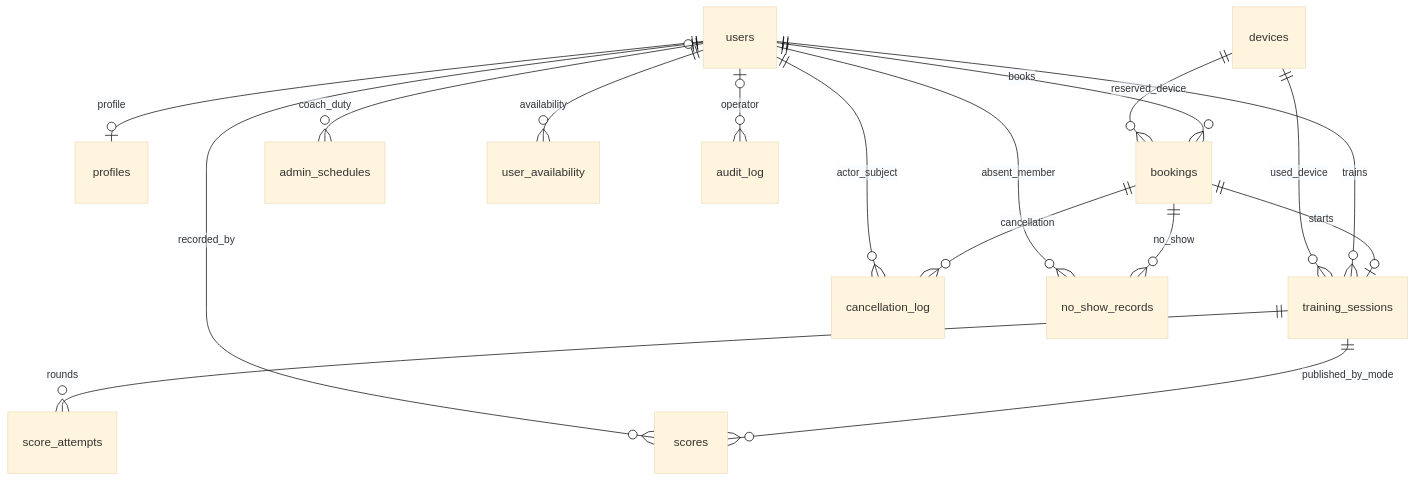
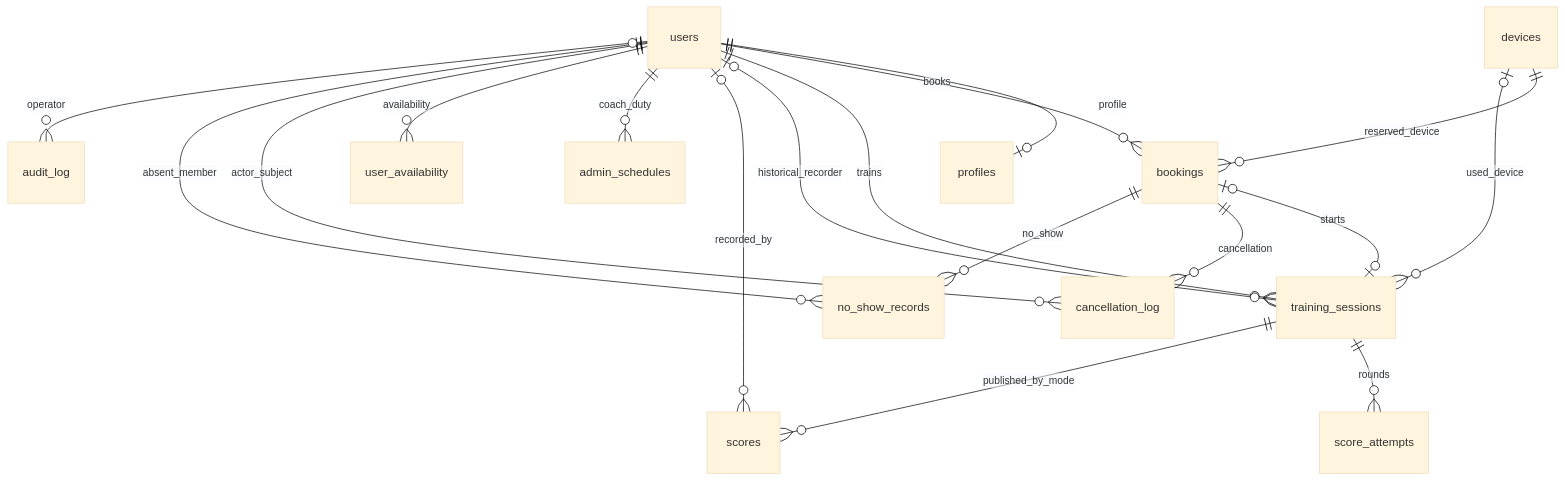
Before and after one commit to LittBox/ynu-shooting-training: the diagram in backend-spring/docs/database-schema.md, drawn with Mermaid (base theme). The commit also changed other lines of this file and 31 other files, not shown here.

Commit message:
feat: add coach historical training entry and deployment migration

````diff
--- a/backend-spring/docs/database-schema.md
+++ b/backend-spring/docs/database-schema.md
@@ -14,19 +14,20 @@
 ```mermaid
 erDiagram
     users ||--o| profiles : profile
     users ||--o{ bookings : books
     devices ||--o{ bookings : reserved_device
-    bookings ||--o| training_sessions : starts
+    bookings o|--o| training_sessions : starts
     users ||--o{ training_sessions : trains
-    devices ||--o{ training_sessions : used_device
+    users o|--o{ training_sessions : historical_recorder
+    devices o|--o{ training_sessions : used_device
     training_sessions ||--o{ score_attempts : rounds
     training_sessions ||--o{ scores : published_by_mode
     users o|--o{ scores : recorded_by
     users ||--o{ admin_schedules : coach_duty
     users ||--o{ user_availability : availability
     bookings ||--o{ cancellation_log : cancellation
     users ||--o{ cancellation_log : actor_subject
     bookings ||--o{ no_show_records : no_show
     users ||--o{ no_show_records : absent_member
     users o|--o{ audit_log : operator
 ```
````
